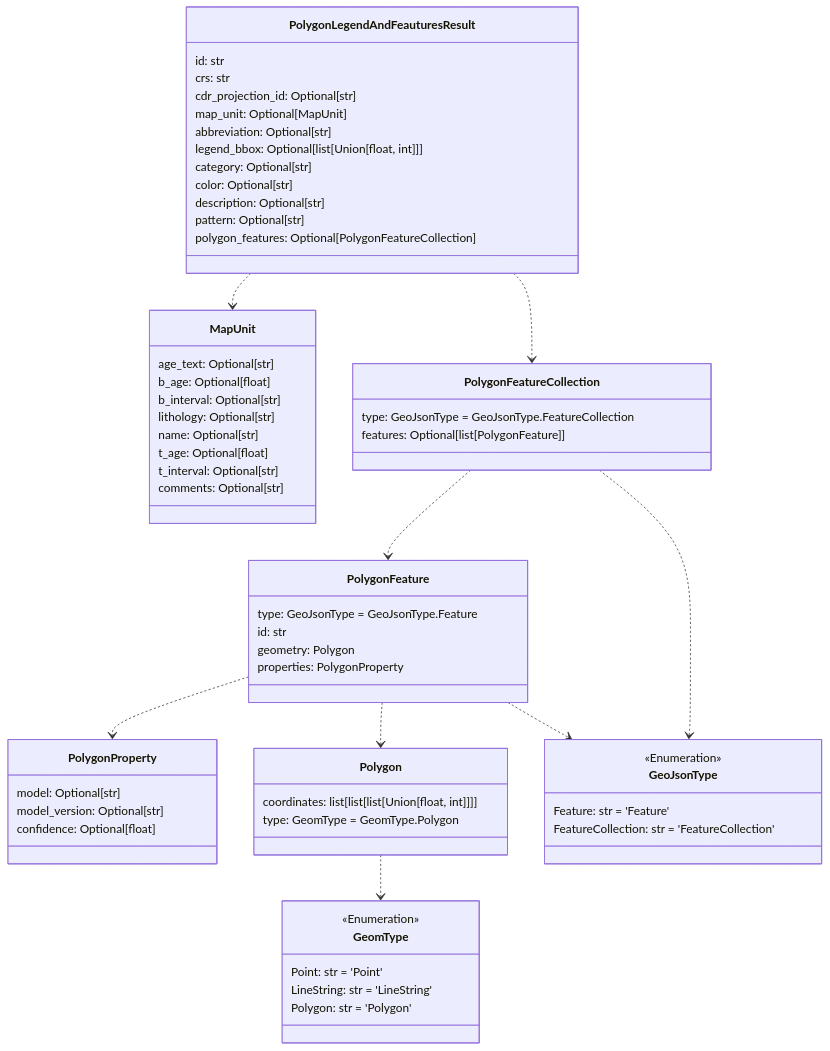
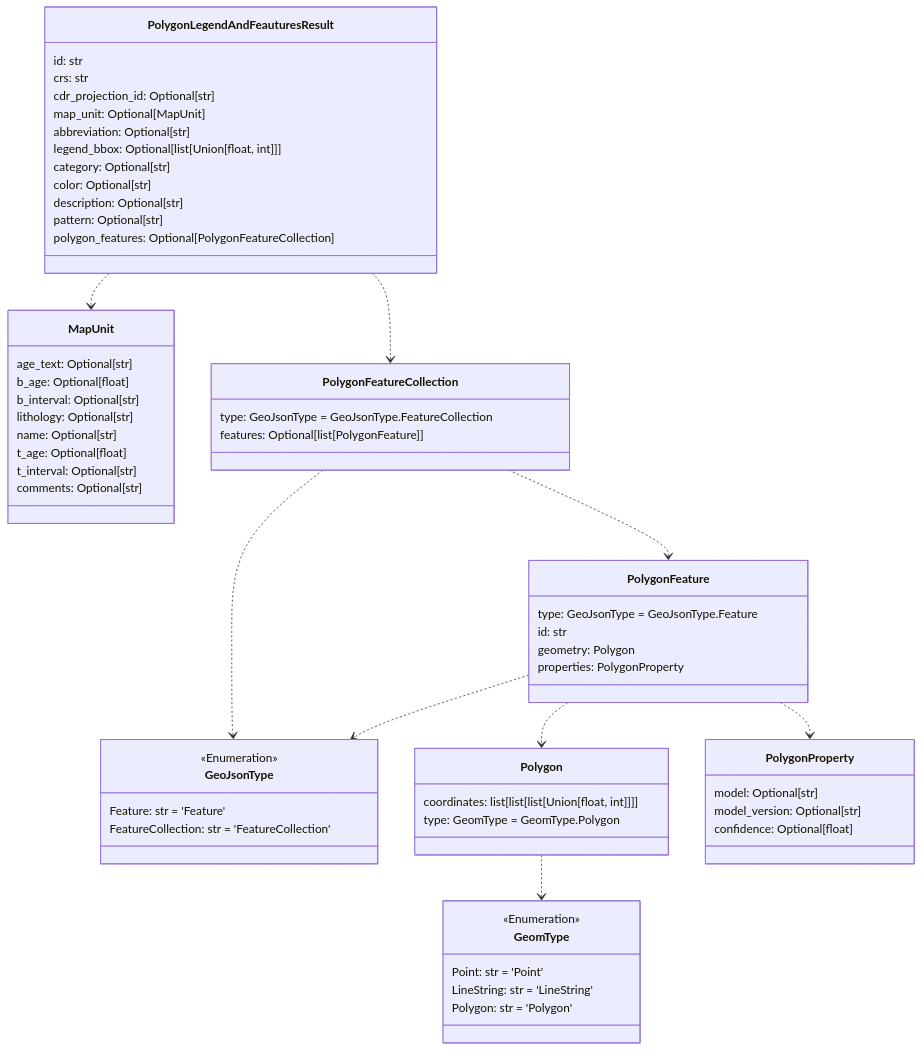
One commit to DARPA-CRITICALMAAS/cdr_schemas changed the seventh of 12 diagrams in README.md. Above: the diagram before and after it, drawn with Mermaid. The commit also changed other lines of this file and 7 other files, not shown here.

````diff
--- a/README.md
+++ b/README.md
@@ -425,75 +472,75 @@
 ```mermaid
 classDiagram
-
-    class PolygonFeatureCollection {
-        type: GeoJsonType = GeoJsonType.FeatureCollection
-        features: Optional[list[PolygonFeature]]
-    }
-
-    class GeomType {
-        <<Enumeration>>
-        Point: str = 'Point'
-        LineString: str = 'LineString'
-        Polygon: str = 'Polygon'
-    }
-
-    class PolygonFeature {
-        type: GeoJsonType = GeoJsonType.Feature
-        id: str
-        geometry: Polygon
-        properties: PolygonProperty
-    }
-
-    class GeoJsonType {
-        <<Enumeration>>
-        Feature: str = 'Feature'
-        FeatureCollection: str = 'FeatureCollection'
-    }
-
-    class Polygon {
-        coordinates: list[list[list[Union[float, int]]]]
-        type: GeomType = GeomType.Polygon
-    }
-
-    class PolygonProperty {
-        model: Optional[str]
-        model_version: Optional[str]
-        confidence: Optional[float]
-    }
 
     class MapUnit {
         age_text: Optional[str]
         b_age: Optional[float]
         b_interval: Optional[str]
         lithology: Optional[str]
         name: Optional[str]
         t_age: Optional[float]
         t_interval: Optional[str]
         comments: Optional[str]
     }
 
     class PolygonLegendAndFeauturesResult {
         id: str
         crs: str
         cdr_projection_id: Optional[str]
         map_unit: Optional[MapUnit]
         abbreviation: Optional[str]
         legend_bbox: Optional[list[Union[float, int]]]
         category: Optional[str]
         color: Optional[str]
         description: Optional[str]
         pattern: Optional[str]
         polygon_features: Optional[PolygonFeatureCollection]
     }
 
+    class PolygonFeatureCollection {
+        type: GeoJsonType = GeoJsonType.FeatureCollection
+        features: Optional[list[PolygonFeature]]
+    }
+
+    class PolygonFeature {
+        type: GeoJsonType = GeoJsonType.Feature
+        id: str
+        geometry: Polygon
+        properties: PolygonProperty
+    }
+
+    class GeoJsonType {
+        <<Enumeration>>
+        Feature: str = 'Feature'
+        FeatureCollection: str = 'FeatureCollection'
+    }
+
+    class GeomType {
+        <<Enumeration>>
+        Point: str = 'Point'
+        LineString: str = 'LineString'
+        Polygon: str = 'Polygon'
+    }
+
+    class Polygon {
+        coordinates: list[list[list[Union[float, int]]]]
+        type: GeomType = GeomType.Polygon
+    }
+
+    class PolygonProperty {
+        model: Optional[str]
+        model_version: Optional[str]
+        confidence: Optional[float]
+    }
+
     Polygon ..> GeomType
-    PolygonFeature ..> PolygonProperty
     PolygonFeature ..> Polygon
     PolygonFeature ..> GeoJsonType
+    PolygonFeature ..> PolygonProperty
     PolygonFeatureCollection ..> PolygonFeature
     PolygonFeatureCollection ..> GeoJsonType
+    PolygonLegendAndFeauturesResult ..> PolygonFeatureCollection
     PolygonLegendAndFeauturesResult ..> MapUnit
-    PolygonLegendAndFeauturesResult ..> PolygonFeatureCollection
 
 
 ```
````
